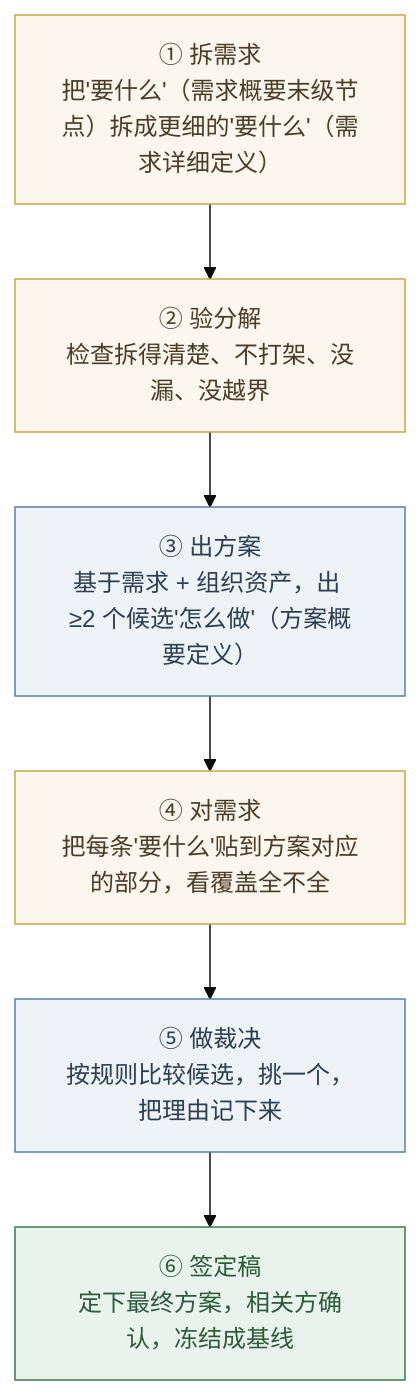
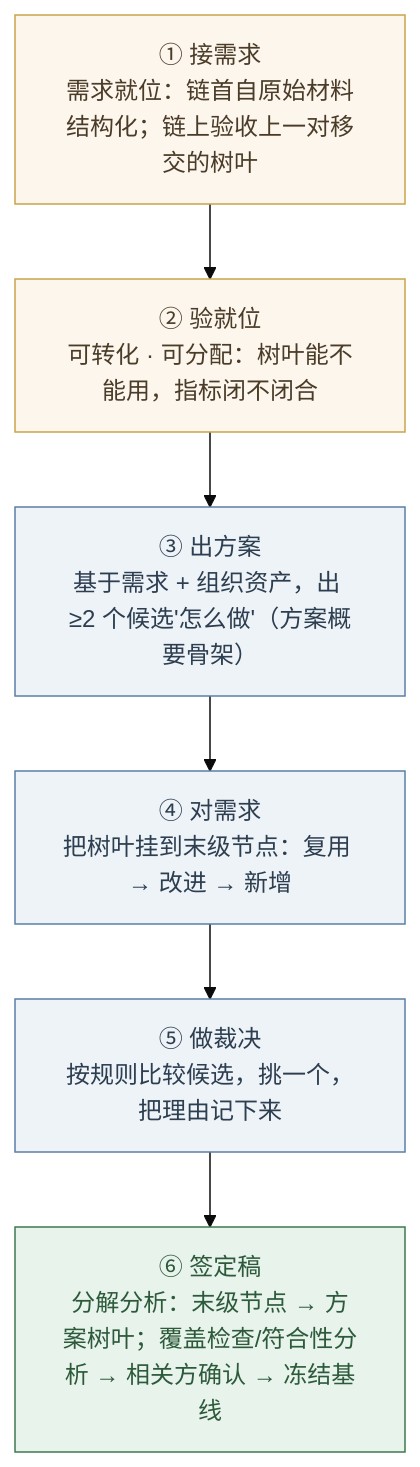
Before and after one commit to Yongjunzhou/AOS-system-design: the fourth of 5 diagrams in 50-research/03-架构师是个怎样的物种/06-第6章-设计开发落地-需求与方案结对.md, drawn with Mermaid (base theme). The commit also changed other lines of this file and 15 other files, not shown here.

````diff
--- a/50-research/03-架构师是个怎样的物种/06-第6章-设计开发落地-需求与方案结对.md
+++ b/50-research/03-架构师是个怎样的物种/06-第6章-设计开发落地-需求与方案结对.md
@@ -840,16 +897,16 @@
 ```mermaid
 flowchart TB
-    A["① 拆需求<br/>把'要什么'（需求概要末级节点）拆成更细的'要什么'（需求详细定义）"]
-    B["② 验分解<br/>检查拆得清楚、不打架、没漏、没越界"]
-    C["③ 出方案<br/>基于需求 + 组织资产，出 ≥2 个候选'怎么做'（方案概要定义）"]
-    D["④ 对需求<br/>把每条'要什么'贴到方案对应的部分，看覆盖全不全"]
+    A["① 接需求<br/>需求就位：链首自原始材料结构化；链上验收上一对移交的树叶"]
+    B["② 验就位<br/>可转化 · 可分配：树叶能不能用，指标闭不闭合"]
+    C["③ 出方案<br/>基于需求 + 组织资产，出 ≥2 个候选'怎么做'（方案概要骨架）"]
+    D["④ 对需求<br/>把树叶挂到末级节点：复用 → 改进 → 新增"]
     E["⑤ 做裁决<br/>按规则比较候选，挑一个，把理由记下来"]
-    F["⑥ 签定稿<br/>定下最终方案，相关方确认，冻结成基线"]
+    F["⑥ 签定稿<br/>分解分析：末级节点 → 方案树叶；覆盖检查/符合性分析 → 相关方确认 → 冻结基线"]
     A --> B --> C --> D --> E --> F
     classDef req fill:#fdf6ec,stroke:#c9a44a,color:#4a3c28;
     classDef sol fill:#eef3f8,stroke:#5b7fa6,color:#2c3e50;
     classDef fin fill:#e8f3ec,stroke:#3d7a4f,color:#2c5a3a;
-    class A,B,D req;
-    class C,E sol;
+    class A,B req;
+    class C,D,E sol;
     class F fin;
 ```
````
